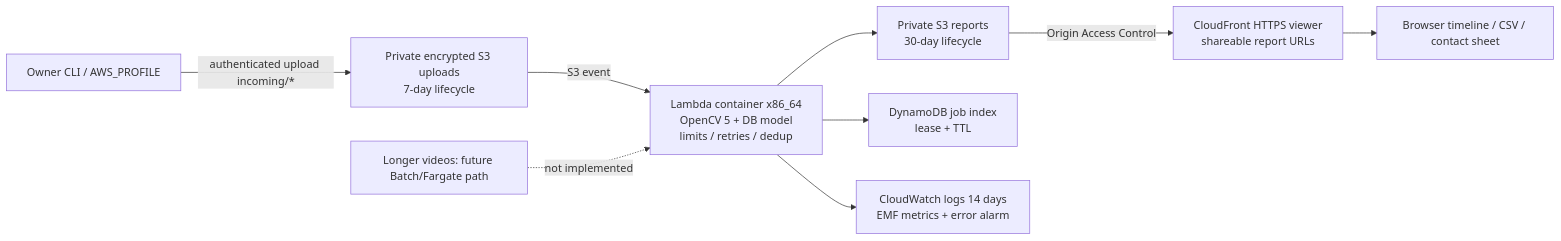
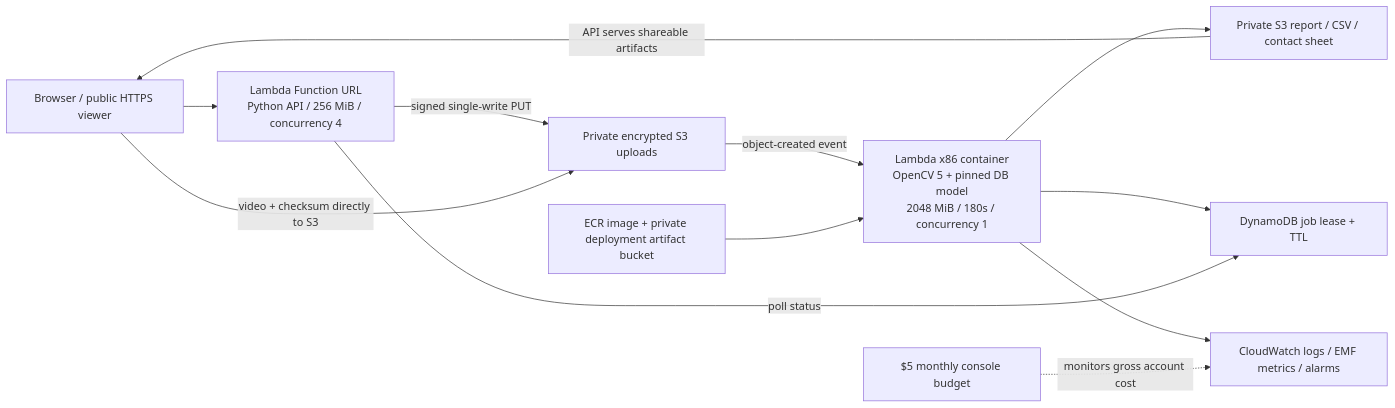
The second of 2 diagrams in README.md (kks0488/shorts-qc), drawn with Mermaid before and after one commit. The commit also changed other lines of this file and 17 other files, not shown here.

Commit message:
Deploy live AWS upload analysis and report viewer with credit controls

````diff
--- a/README.md
+++ b/README.md
@@ -105,11 +109,14 @@
 ```mermaid
 flowchart LR
-    O[Owner CLI / AWS_PROFILE] -->|authenticated upload incoming/*| U[Private encrypted S3 uploads\n7-day lifecycle]
-    U -->|S3 event| L[Lambda container x86_64\nOpenCV 5 + DB model\nlimits / retries / dedup]
-    L --> R[Private S3 reports\n30-day lifecycle]
-    L --> J[DynamoDB job index\nlease + TTL]
-    L --> C[CloudWatch logs 14 days\nEMF metrics + error alarm]
-    R -->|Origin Access Control| F[CloudFront HTTPS viewer\nshareable report URLs]
-    F --> B[Browser timeline / CSV / contact sheet]
-    Long[Longer videos: future Batch/Fargate path] -. not implemented .-> L
+    B[Browser / public HTTPS viewer] --> A["Lambda Function URL<br/>Python API / 256 MiB / concurrency 4"]
+    A -->|signed single-write PUT| U[Private encrypted S3 uploads]
+    B -->|video + checksum directly to S3| U
+    U -->|object-created event| L["Lambda x86 container<br/>OpenCV 5 + pinned DB model<br/>2048 MiB / 180s / concurrency 1"]
+    L --> R[Private S3 report / CSV / contact sheet]
+    L --> J[DynamoDB job lease + TTL]
+    A -->|poll status| J
+    R -->|API serves shareable artifacts| B
+    L --> C[CloudWatch logs / EMF metrics / alarms]
+    E[ECR image + private deployment artifact bucket] --> L
+    Q[$5 monthly console budget] -. monitors gross account cost .-> C
 ```
````
